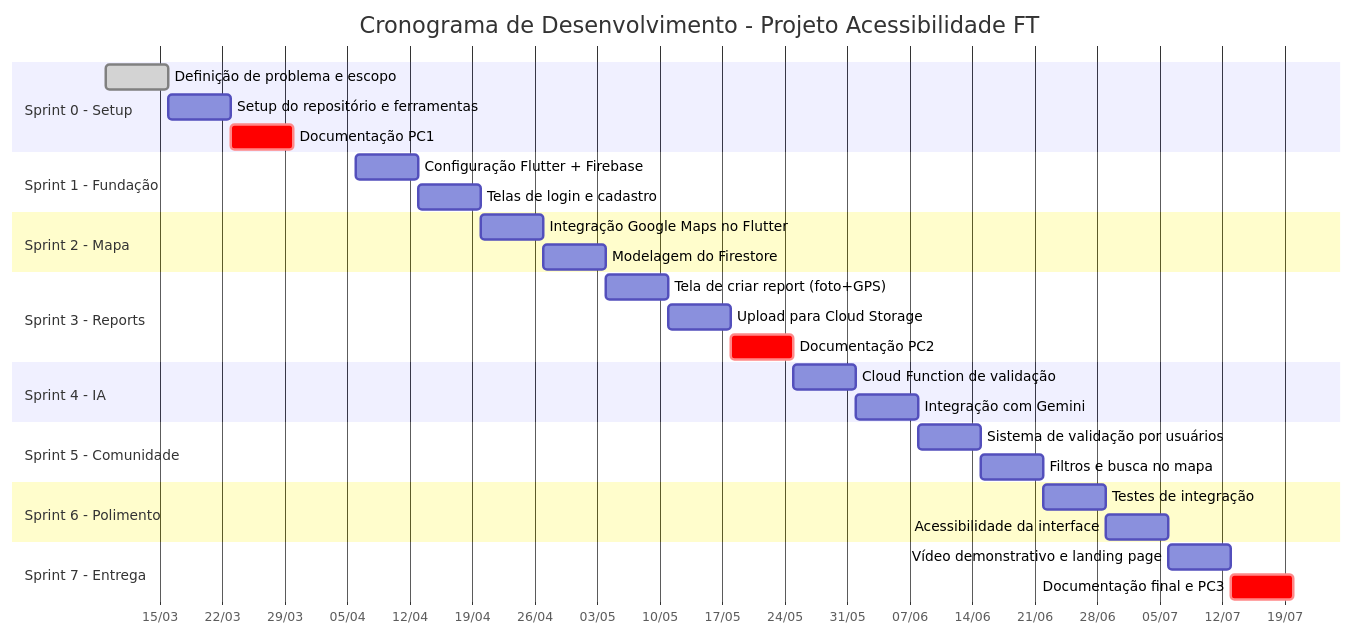
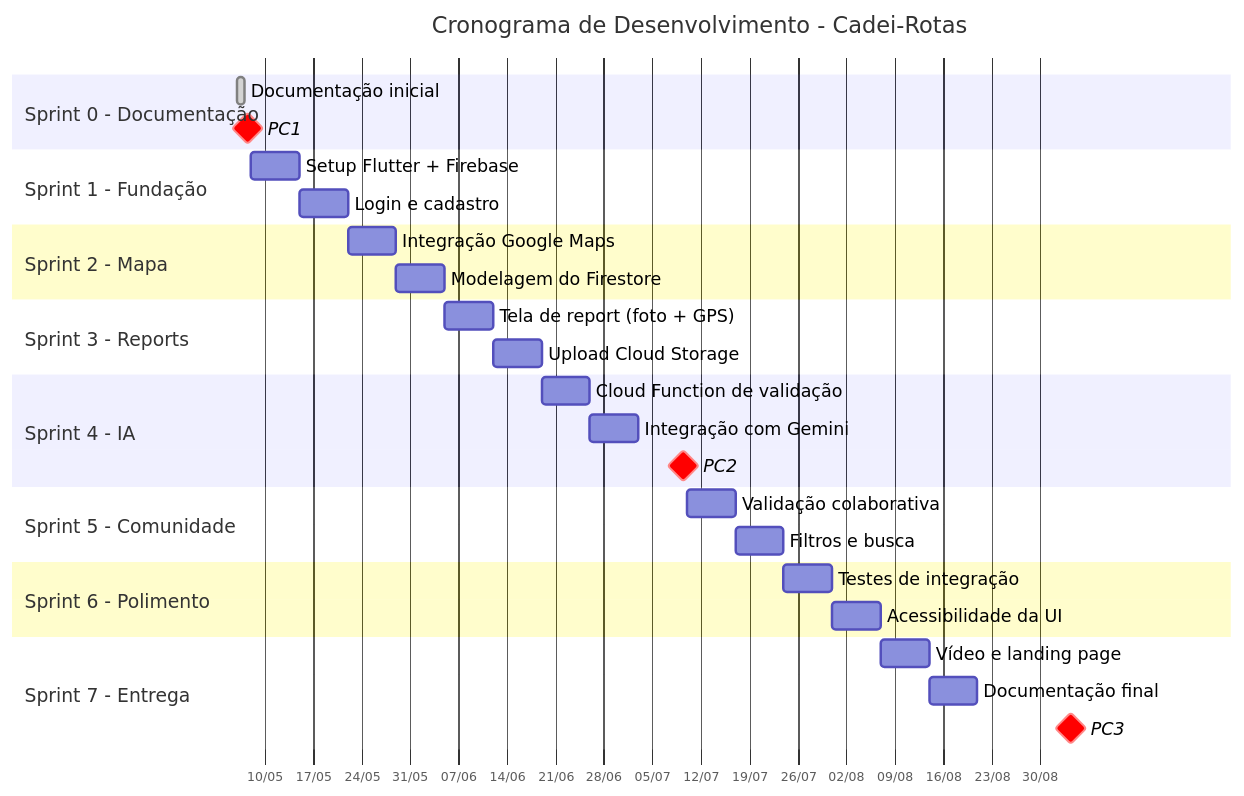
One commit to oficialvzi/cadei-rotas changed the diagram in docs/05-roadmap-cronograma.md. Above: the diagram before and after it, drawn with Mermaid.

Commit message:
ajustando cronograma

````diff
--- a/docs/05-roadmap-cronograma.md
+++ b/docs/05-roadmap-cronograma.md
@@ -16,40 +16,53 @@
 ```mermaid
+---
+config:
+    gantt:
+        barHeight: 22
+        barGap: 8
+        topPadding: 60
+        leftPadding: 180
+        rightPadding: 250
+        sectionFontSize: 15
+        fontSize: 14
+        numberSectionStyles: 4
+---
 gantt
-    title Cronograma de Desenvolvimento - Projeto Acessibilidade FT
+    title Cronograma de Desenvolvimento - Cadei-Rotas
     dateFormat YYYY-MM-DD
     axisFormat %d/%m
-    
-    section Sprint 0 - Setup
-    Definição de problema e escopo       :done, s0a, 2026-03-09, 7d
-    Setup do repositório e ferramentas   :s0b, after s0a, 7d
-    Documentação PC1                     :crit, s0c, after s0b, 7d
-    
+    todayMarker off
+ 
+    section Sprint 0 - Documentação
+    Documentação inicial         :done, s0, 2026-05-06, 1d
+    PC1                          :milestone, crit, pc1, 2026-05-07, 1d
+ 
     section Sprint 1 - Fundação
-    Configuração Flutter + Firebase      :s1a, 2026-04-06, 7d
-    Telas de login e cadastro            :s1b, after s1a, 7d
-    
+    Setup Flutter + Firebase     :s1a, 2026-05-08, 7d
+    Login e cadastro           :s1b, after s1a, 7d
+ 
     section Sprint 2 - Mapa
-    Integração Google Maps no Flutter    :s2a, 2026-04-20, 7d
-    Modelagem do Firestore               :s2b, after s2a, 7d
-    
+    Integração Google Maps       :s2a, 2026-05-22, 7d
+    Modelagem do Firestore       :s2b, after s2a, 7d
+ 
     section Sprint 3 - Reports
-    Tela de criar report (foto+GPS)      :s3a, 2026-05-04, 7d
-    Upload para Cloud Storage            :s3b, after s3a, 7d
-    Documentação PC2                     :crit, s3c, after s3b, 7d
-    
+    Tela de report (foto + GPS)  :s3a, 2026-06-05, 7d
+    Upload Cloud Storage         :s3b, after s3a, 7d
+ 
     section Sprint 4 - IA
-    Cloud Function de validação          :s4a, 2026-05-25, 7d
-    Integração com Gemini                :s4b, after s4a, 7d
-    
+    Cloud Function de validação  :s4a, 2026-06-19, 7d
+    Integração com Gemini        :s4b, after s4a, 7d
+    PC2                          :milestone, crit, pc2, 2026-07-09, 1d
+ 
     section Sprint 5 - Comunidade
-    Sistema de validação por usuários    :s5a, 2026-06-08, 7d
-    Filtros e busca no mapa              :s5b, after s5a, 7d
-    
+    Validação colaborativa       :s5a, 2026-07-10, 7d
+    Filtros e busca              :s5b, after s5a, 7d
+ 
     section Sprint 6 - Polimento
-    Testes de integração                 :s6a, 2026-06-22, 7d
-    Acessibilidade da interface          :s6b, after s6a, 7d
-    
+    Testes de integração         :s6a, 2026-07-24, 7d
+    Acessibilidade da UI         :s6b, after s6a, 7d
+ 
     section Sprint 7 - Entrega
-    Vídeo demonstrativo e landing page   :s7a, 2026-07-06, 7d
-    Documentação final e PC3             :crit, s7b, after s7a, 7d
+    Vídeo e landing page         :s7a, 2026-08-07, 7d
+    Documentação final           :s7b, after s7a, 7d
+    PC3                          :milestone, crit, pc3, 2026-09-03, 1d
 ```
````
